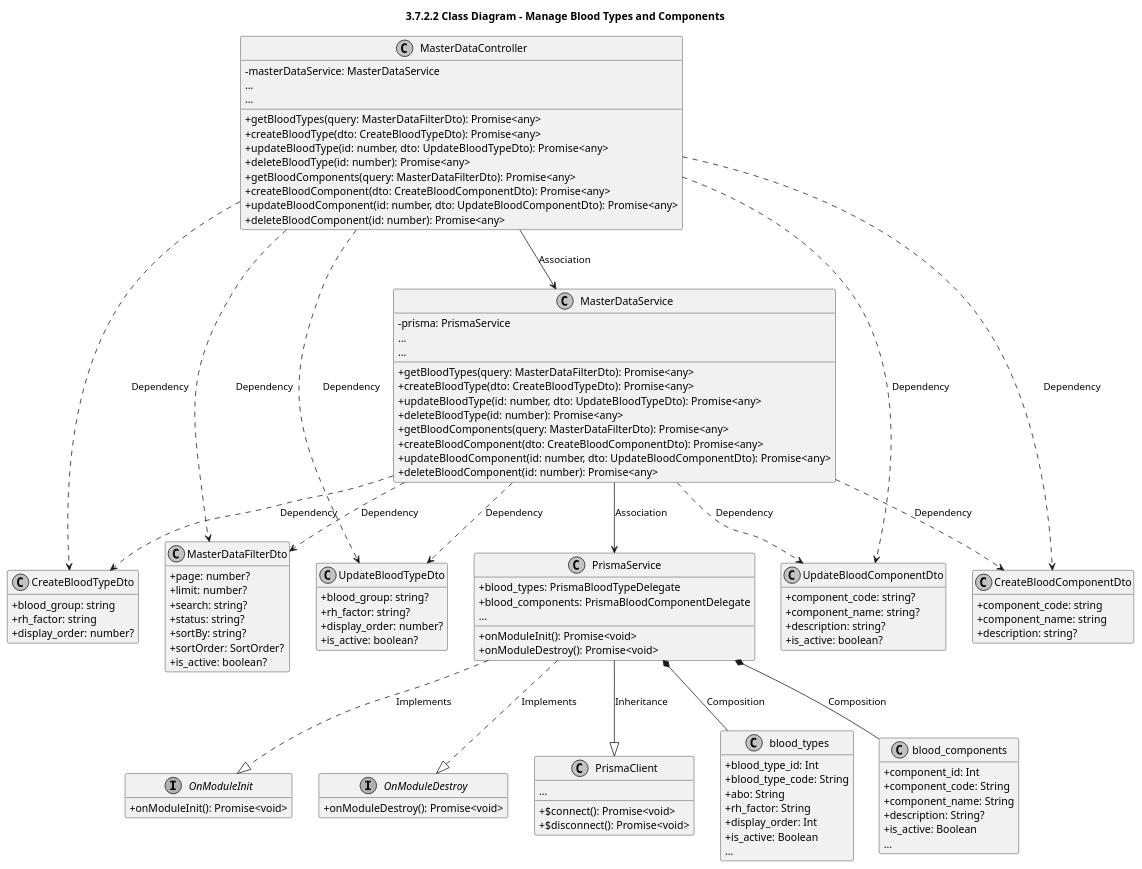
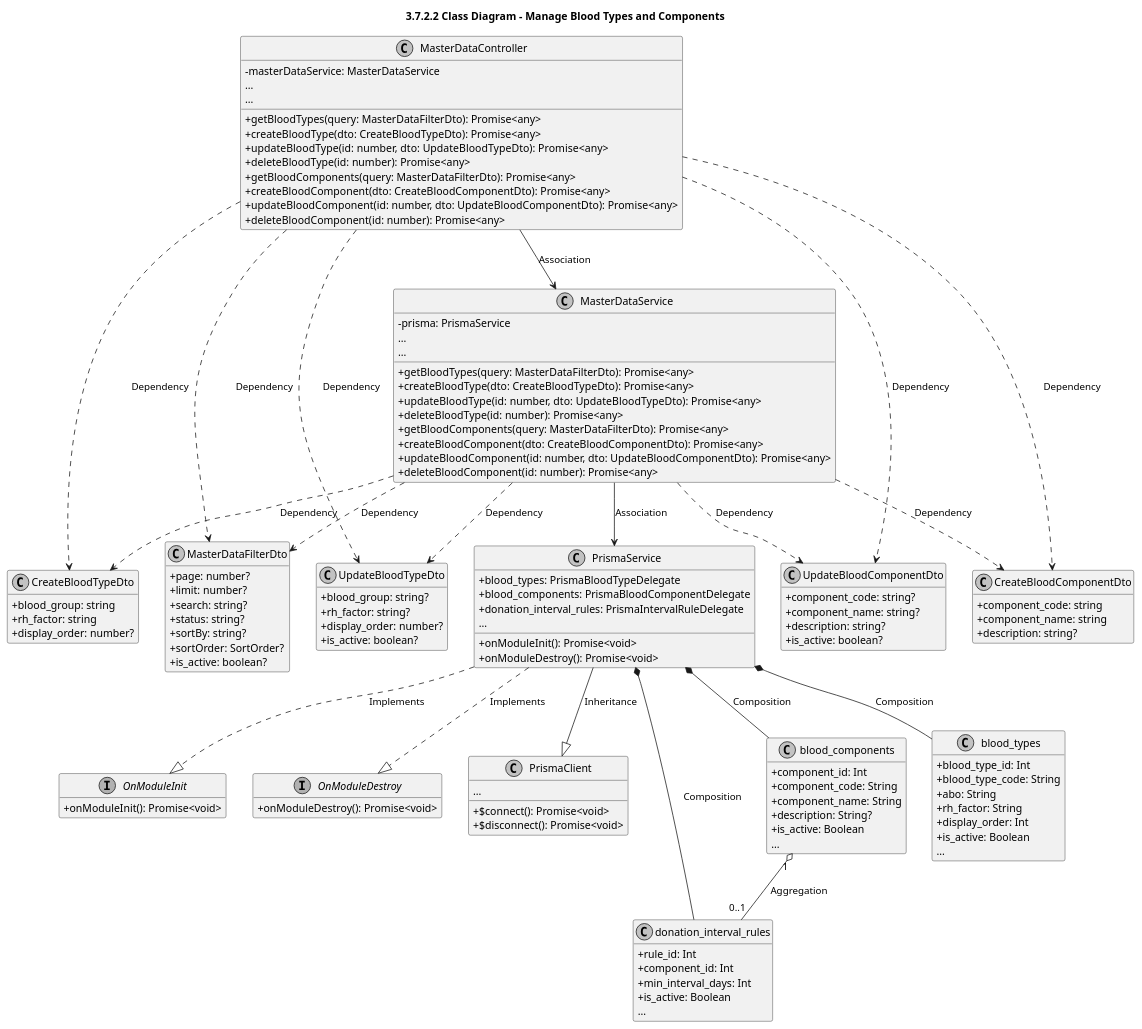
Before and after one commit to CuongBC195/class-diagram-donation-blood: the third of 6 diagrams in modules_plantuml/07_master-data.md, drawn with PlantUML. The commit also changed 30 other files, not shown here.

Commit message:
fix(diagrams): achieve 100% capstone alignment with backend source code across all 13 modules

````diff
--- a/modules_plantuml/07_master-data.md
+++ b/modules_plantuml/07_master-data.md
@@ -607,9 +607,18 @@
 class PrismaService {
   +blood_types: PrismaBloodTypeDelegate
   +blood_components: PrismaBloodComponentDelegate
+  +donation_interval_rules: PrismaIntervalRuleDelegate
   ...
   +onModuleInit(): Promise<void>
   +onModuleDestroy(): Promise<void>
+}
+
+class donation_interval_rules {
+  +rule_id: Int
+  +component_id: Int
+  +min_interval_days: Int
+  +is_active: Boolean
+  ...
 }
 
 class blood_types {
@@ -646,7 +655,9 @@
 PrismaService --|> PrismaClient : Inheritance
 PrismaService ..|> OnModuleInit : Implements
 PrismaService ..|> OnModuleDestroy : Implements
+blood_components "1" o-- "0..1" donation_interval_rules : Aggregation
 PrismaService *-- blood_types : Composition
 PrismaService *-- blood_components : Composition
+PrismaService *-- donation_interval_rules : Composition
 @enduml
 ```
````
